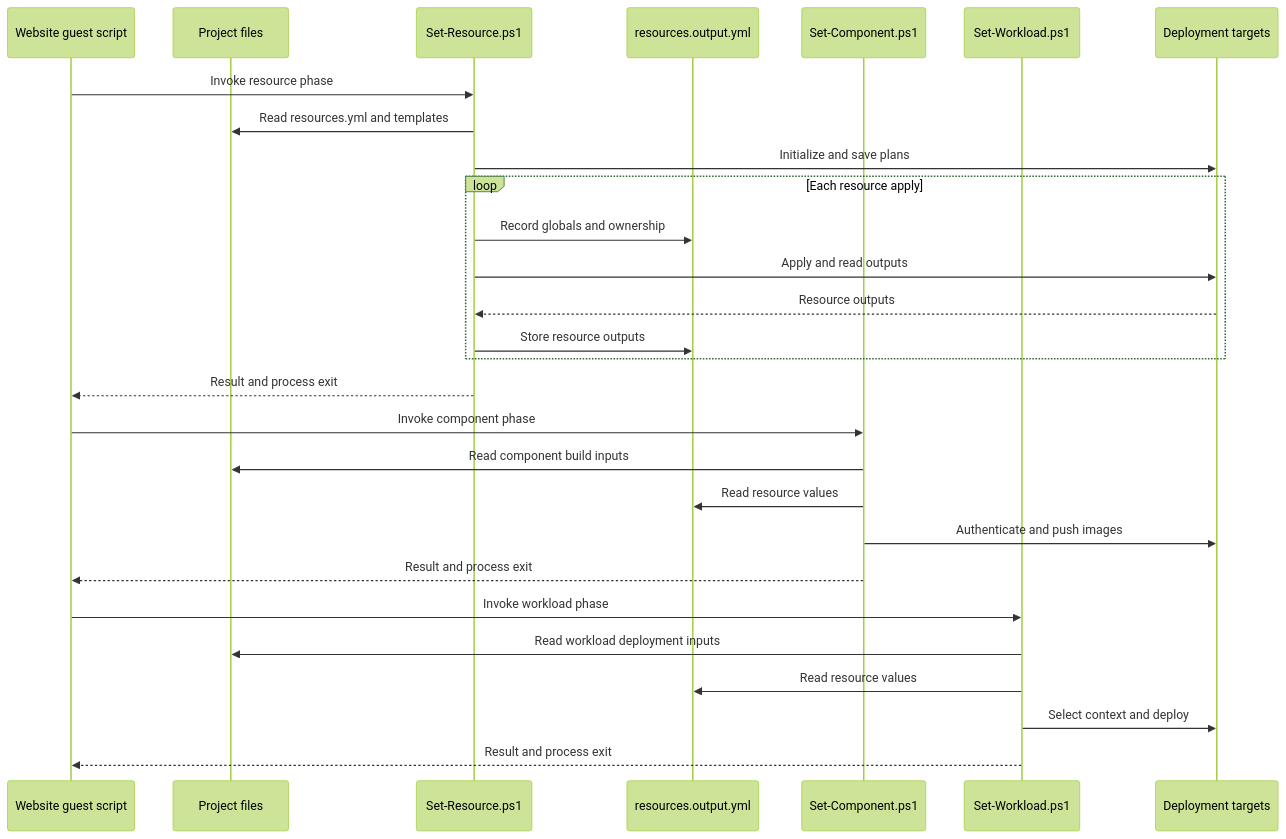
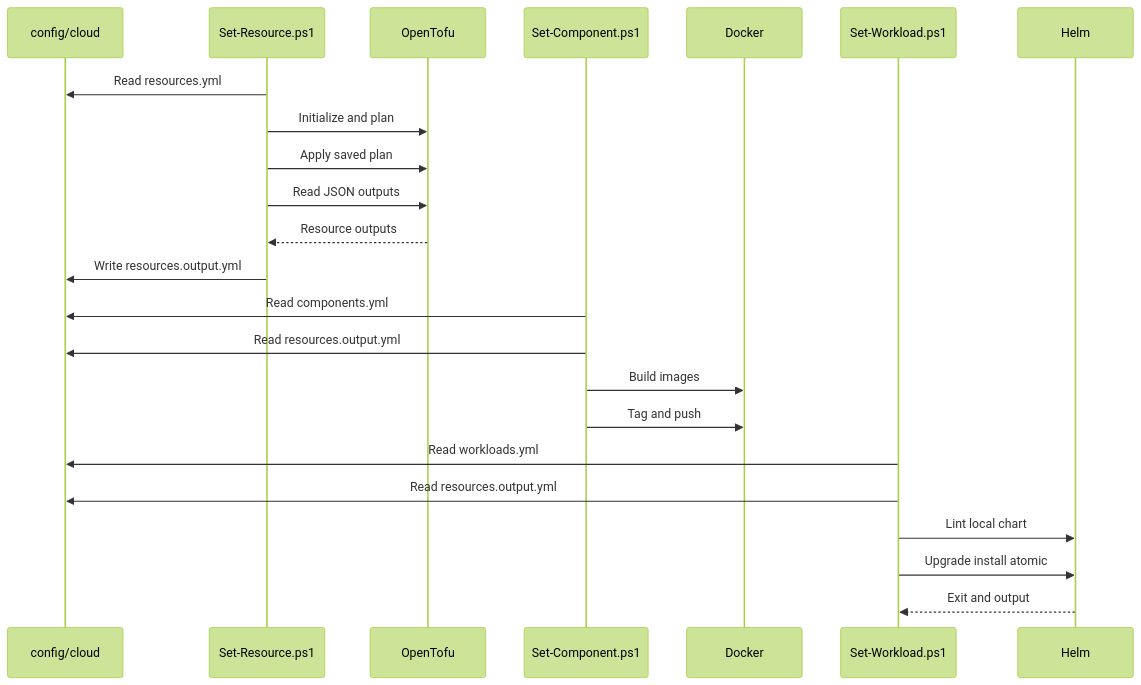
One commit to alissonsol/yuruna changed the first of 8 diagrams in docs/design/03-data-flows.md. Above: the diagram before and after it, drawn with Mermaid (forest theme). The commit also changed other lines of this file and 1343 other files, not shown here.

````diff
--- a/docs/design/03-data-flows.md
+++ b/docs/design/03-data-flows.md
@@ -12,30 +11,25 @@
 ```mermaid
 sequenceDiagram
-    participant ubuntu-server-26-workload-k8s-website-sh as Website guest script
-    participant config-cloud as Project files
+    participant config-cloud as config/cloud
     participant set-resource-ps1 as Set-Resource.ps1
-    participant resources-output-yml as resources.output.yml
+    participant tofu as OpenTofu
     participant set-component-ps1 as Set-Component.ps1
+    participant docker as Docker
     participant set-workload-ps1 as Set-Workload.ps1
-    participant deployment-targets as Deployment targets
-    ubuntu-server-26-workload-k8s-website-sh->>set-resource-ps1: Invoke resource phase
-    set-resource-ps1->>config-cloud: Read resources.yml and templates
-    set-resource-ps1->>deployment-targets: Initialize and save plans
-    loop Each resource apply
-        set-resource-ps1->>resources-output-yml: Record globals and ownership
-        set-resource-ps1->>deployment-targets: Apply and read outputs
-        deployment-targets-->>set-resource-ps1: Resource outputs
-        set-resource-ps1->>resources-output-yml: Store resource outputs
-    end
-    set-resource-ps1-->>ubuntu-server-26-workload-k8s-website-sh: Result and process exit
-    ubuntu-server-26-workload-k8s-website-sh->>set-component-ps1: Invoke component phase
-    set-component-ps1->>config-cloud: Read component build inputs
-    set-component-ps1->>resources-output-yml: Read resource values
-    set-component-ps1->>deployment-targets: Authenticate and push images
-    set-component-ps1-->>ubuntu-server-26-workload-k8s-website-sh: Result and process exit
-    ubuntu-server-26-workload-k8s-website-sh->>set-workload-ps1: Invoke workload phase
-    set-workload-ps1->>config-cloud: Read workload deployment inputs
-    set-workload-ps1->>resources-output-yml: Read resource values
-    set-workload-ps1->>deployment-targets: Select context and deploy
-    set-workload-ps1-->>ubuntu-server-26-workload-k8s-website-sh: Result and process exit
+    participant helm as Helm
+    set-resource-ps1->>config-cloud: Read resources.yml
+    set-resource-ps1->>tofu: Initialize and plan
+    set-resource-ps1->>tofu: Apply saved plan
+    set-resource-ps1->>tofu: Read JSON outputs
+    tofu-->>set-resource-ps1: Resource outputs
+    set-resource-ps1->>config-cloud: Write resources.output.yml
+    set-component-ps1->>config-cloud: Read components.yml
+    set-component-ps1->>config-cloud: Read resources.output.yml
+    set-component-ps1->>docker: Build images
+    set-component-ps1->>docker: Tag and push
+    set-workload-ps1->>config-cloud: Read workloads.yml
+    set-workload-ps1->>config-cloud: Read resources.output.yml
+    set-workload-ps1->>helm: Lint local chart
+    set-workload-ps1->>helm: Upgrade install atomic
+    helm-->>set-workload-ps1: Exit and output
 ```
````
